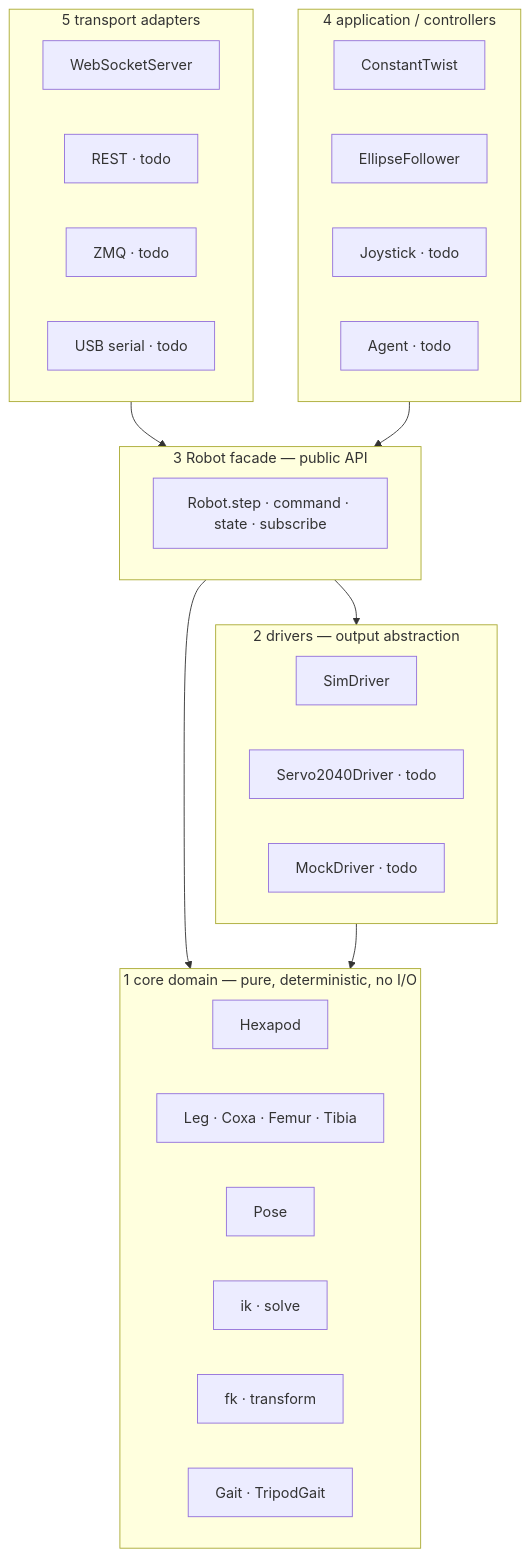
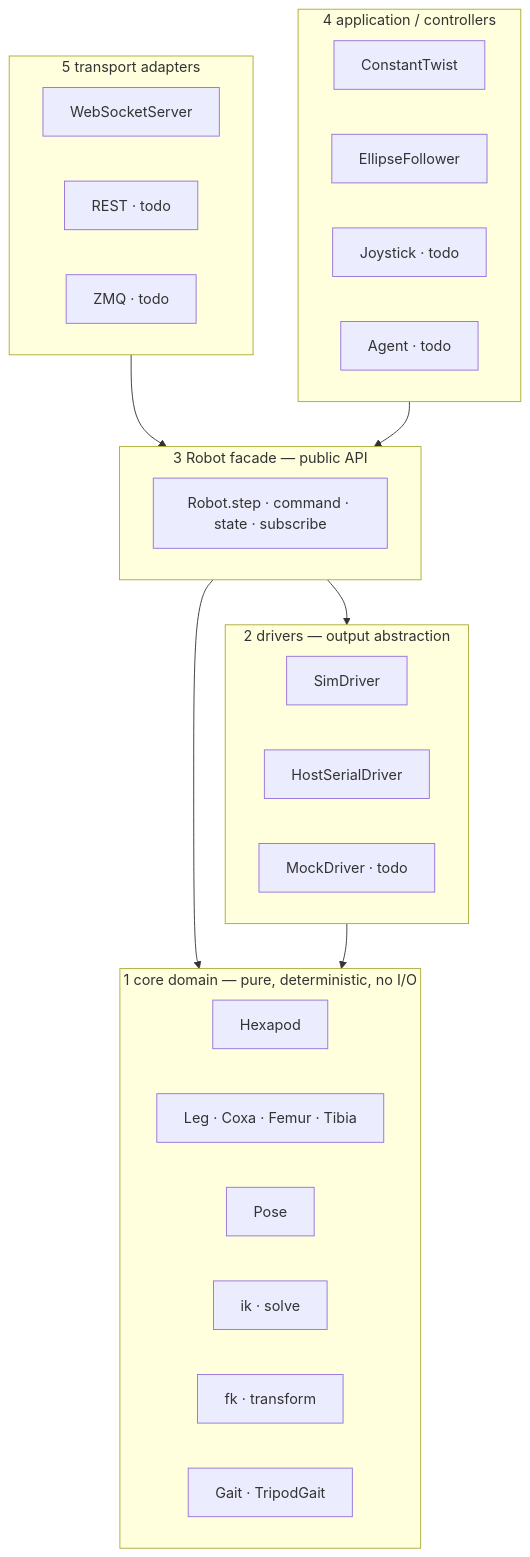
One commit to traagel/hexapod-simulator changed the first of 6 diagrams in README.md. Above: the diagram before and after it, drawn with Mermaid. The commit also changed other lines of this file, not shown here.

````diff
--- a/README.md
+++ b/README.md
@@ -32,41 +48,40 @@
 ```mermaid
 flowchart TB
     subgraph T[5  transport adapters]
         WS[WebSocketServer]
         REST[REST · todo]
         ZMQ[ZMQ · todo]
-        SER[USB serial · todo]
     end
 
     subgraph A[4  application / controllers]
         TWIST[ConstantTwist]
         ELLIPSE[EllipseFollower]
         JOY[Joystick · todo]
         AGENT[Agent · todo]
     end
 
     subgraph R[3  Robot facade — public API]
         ROBOT[Robot.step · command · state · subscribe]
     end
 
     subgraph D[2  drivers — output abstraction]
         SIM[SimDriver]
-        SERVO[Servo2040Driver · todo]
+        SERIAL[HostSerialDriver]
         MOCK[MockDriver · todo]
     end
 
     subgraph C[1  core domain — pure, deterministic, no I/O]
         HEX[Hexapod]
         LEG[Leg · Coxa · Femur · Tibia]
         POSE[Pose]
         IK[ik · solve]
         FK[fk · transform]
         GAIT[Gait · TripodGait]
     end
 
     T --> R
     A --> R
     R --> D
     R --> C
     D --> C
 ```
````
